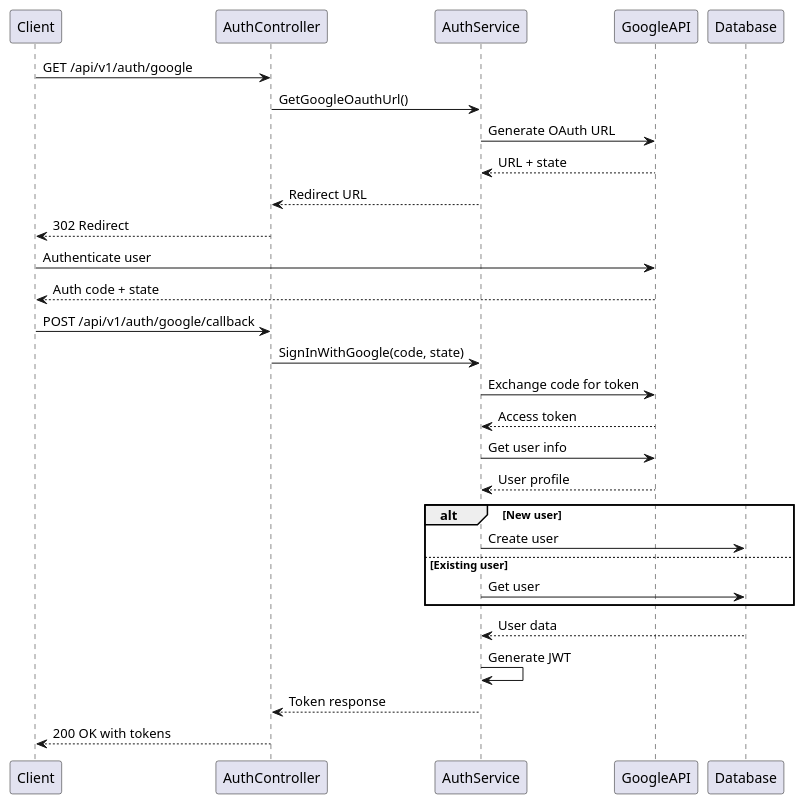
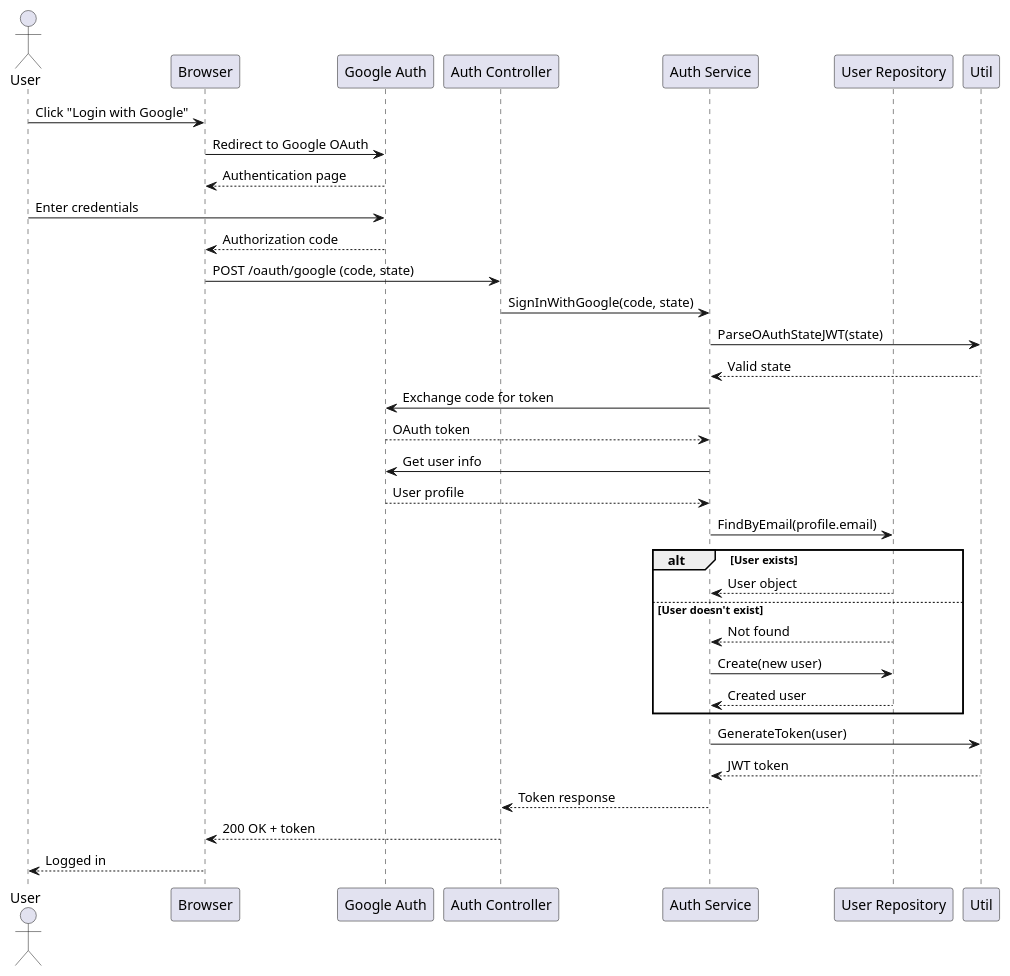
Before and after one commit to YukLomba/BE-YukLomba: the diagram in docs/sequence_diagrams/google_oauth_login.puml, drawn with PlantUML. The commit also changed 15 other files, not shown here.

Commit message:
add diagram

```diff
--- a/docs/sequence_diagrams/google_oauth_login.puml
+++ b/docs/sequence_diagrams/google_oauth_login.puml
@@ -1,35 +1,38 @@
-@startuml
-participant Client
-participant AuthController
-participant AuthService
-participant GoogleAPI
-participant Database
+@startuml Google OAuth Login Sequence
 
-Client -> AuthController: GET /api/v1/auth/google
-AuthController -> AuthService: GetGoogleOauthUrl()
-AuthService -> GoogleAPI: Generate OAuth URL
-GoogleAPI --> AuthService: URL + state
-AuthService --> AuthController: Redirect URL
-AuthController --> Client: 302 Redirect
+actor User
+participant "Browser" as Browser
+participant "Google Auth" as Google
+participant "Auth Controller" as AC
+participant "Auth Service" as AS
+participant "User Repository" as UR
+participant "Util" as Util
 
-Client -> GoogleAPI: Authenticate user
-GoogleAPI --> Client: Auth code + state
+User -> Browser: Click "Login with Google"
+Browser -> Google: Redirect to Google OAuth
+Google --> Browser: Authentication page
+User -> Google: Enter credentials
+Google --> Browser: Authorization code
+Browser -> AC: POST /oauth/google (code, state)
+AC -> AS: SignInWithGoogle(code, state)
+AS -> Util: ParseOAuthStateJWT(state)
+Util --> AS: Valid state
+AS -> Google: Exchange code for token
+Google --> AS: OAuth token
+AS -> Google: Get user info
+Google --> AS: User profile
+AS -> UR: FindByEmail(profile.email)
+alt User exists
+  UR --> AS: User object
+else User doesn't exist
+  UR --> AS: Not found
+  AS -> UR: Create(new user)
+  UR --> AS: Created user
+end
+AS -> Util: GenerateToken(user)
+Util --> AS: JWT token
+AS --> AC: Token response
+AC --> Browser: 200 OK + token
+Browser --> User: Logged in
 
-Client -> AuthController: POST /api/v1/auth/google/callback
-AuthController -> AuthService: SignInWithGoogle(code, state)
-AuthService -> GoogleAPI: Exchange code for token
-GoogleAPI --> AuthService: Access token
-AuthService -> GoogleAPI: Get user info
-GoogleAPI --> AuthService: User profile
-
-alt New user
-  AuthService -> Database: Create user
-else Existing user
-  AuthService -> Database: Get user
-end
-
-Database --> AuthService: User data
-AuthService -> AuthService: Generate JWT
-AuthService --> AuthController: Token response
-AuthController --> Client: 200 OK with tokens
 @enduml
```
